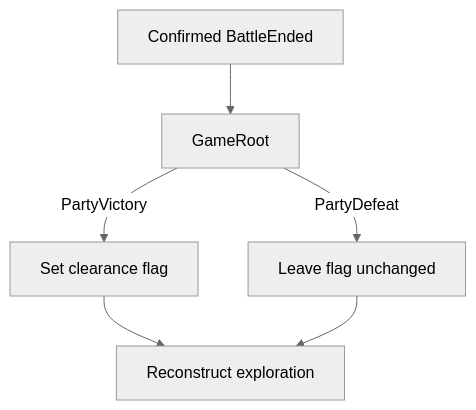
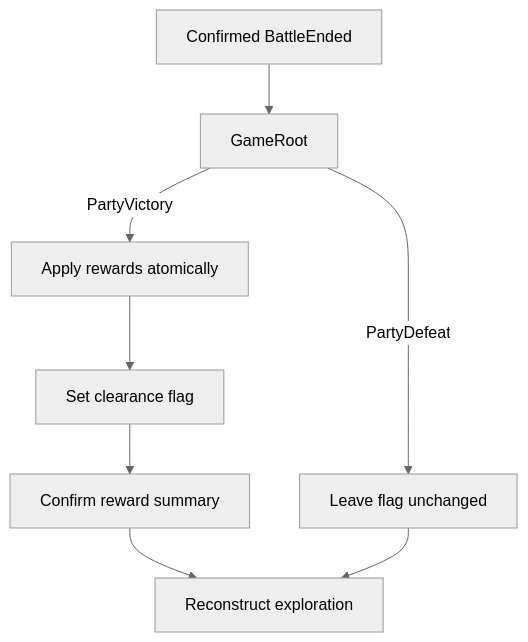
Before and after one commit to jrickter88/Job-rpg-game: the diagram in MILESTONE_3_15_GUIDE.md, drawn with Mermaid (neutral theme). The commit also changed other lines of this file and 34 other files, not shown here.

````diff
--- a/MILESTONE_3_15_GUIDE.md
+++ b/MILESTONE_3_15_GUIDE.md
@@ -25,8 +26,10 @@
 ```mermaid
 flowchart TD
     End["Confirmed BattleEnded"] --> Root["GameRoot"]
-    Root -->|PartyVictory| Flag["Set clearance flag"]
+    Root -->|PartyVictory| Rewards["Apply rewards atomically"]
     Root -->|PartyDefeat| Keep["Leave flag unchanged"]
-    Flag --> Room["Reconstruct exploration"]
+    Rewards --> Flag["Set clearance flag"]
+    Flag --> Summary["Confirm reward summary"]
+    Summary --> Room["Reconstruct exploration"]
     Keep --> Room
 ```
````
